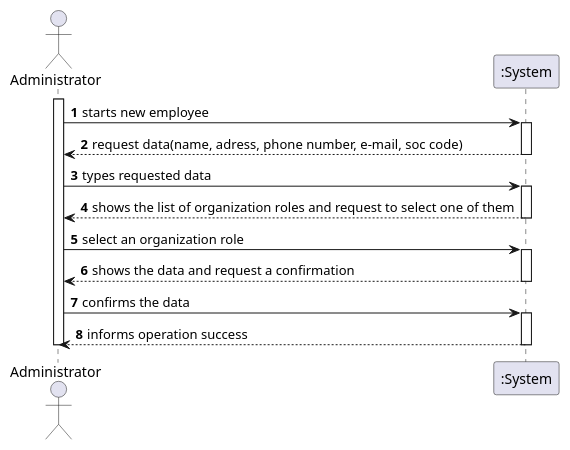
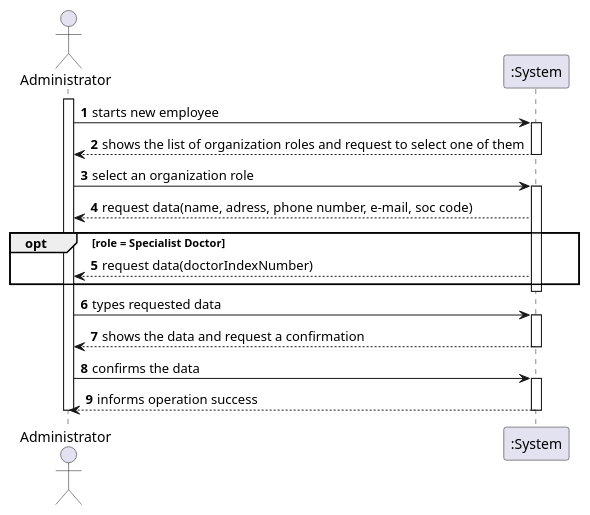
The diagram in docs/SprintB/US7_CreateEmployee/US007_SSD.puml (Pedromaia26/LAPR2-ISEP), drawn with PlantUML before and after one commit.

Commit message:
Adding opt element US7 SSD to Specialist doctor case

```diff
--- a/docs/SprintB/US7_CreateEmployee/US007_SSD.puml
+++ b/docs/SprintB/US7_CreateEmployee/US007_SSD.puml
@@ -1,24 +1,27 @@
 @startuml
 actor Administrator as Adm
 participant ":System" as System
 
 autonumber
 activate Adm
 Adm -> System: starts new employee
 activate System
-System --> Adm: request data(name, adress, phone number, e-mail, soc code)
-deactivate System
-Adm -> System: types requested data
-activate System
 System --> Adm: shows the list of organization roles and request to select one of them
 deactivate System
 Adm -> System: select an organization role
+activate System
+System --> Adm: request data(name, adress, phone number, e-mail, soc code)
+opt role = Specialist Doctor
+    System --> Adm: request data(doctorIndexNumber)
+end
+deactivate System
+Adm -> System: types requested data
 activate System
 System --> Adm: shows the data and request a confirmation
 deactivate System
 Adm -> System: confirms the data
 activate System
 System --> Adm: informs operation success
 deactivate System
 deactivate Adm
 @enduml
```
